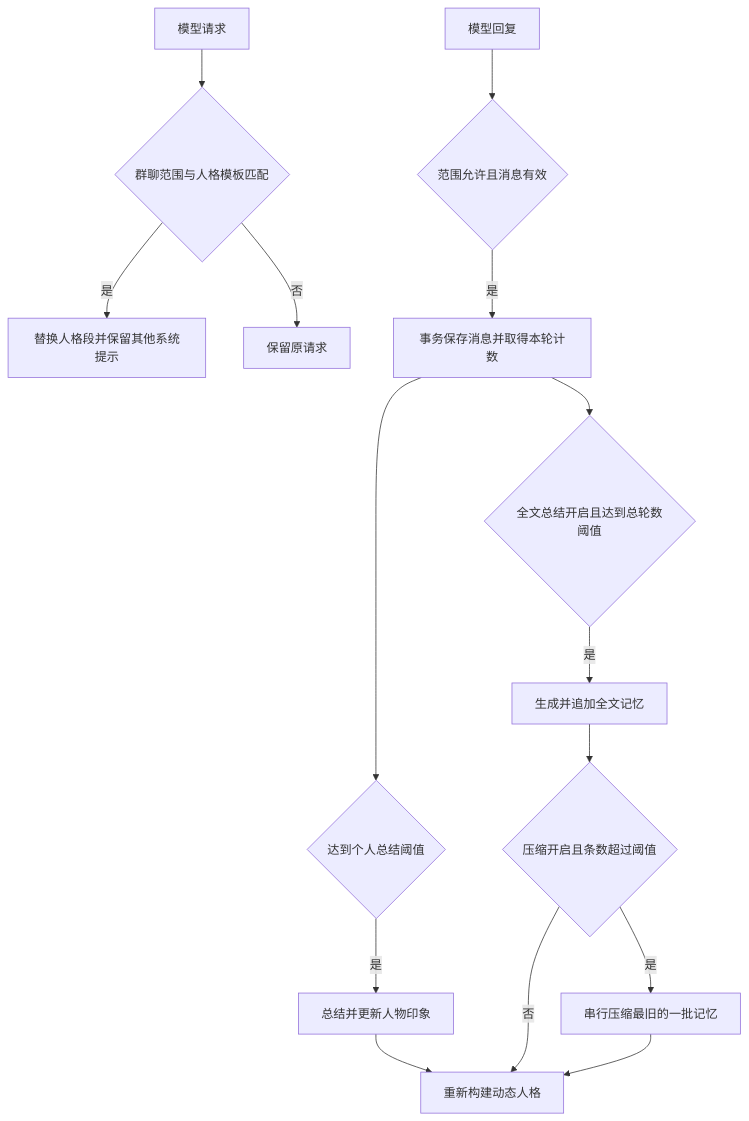
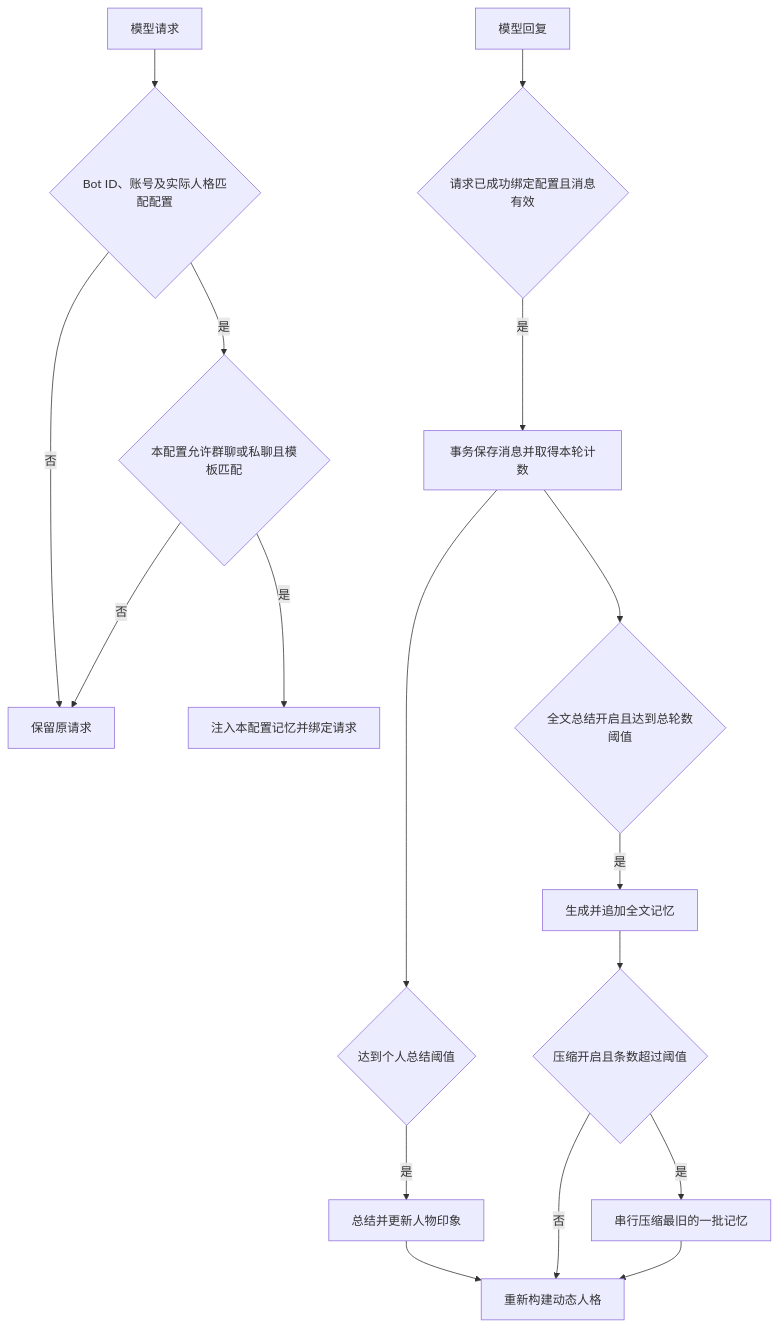
Before and after one commit to yizyin2/astrbot_plugin_PersonaFlow: the diagram in README.md, drawn with Mermaid. The commit also changed other lines of this file and 4 other files, not shown here.

````diff
--- a/README.md
+++ b/README.md
@@ -130,17 +239,19 @@
 ```mermaid
 flowchart TD
-    Request[模型请求] --> Match{群聊范围与人格模板匹配}
-    Match -->|是| Inject[替换人格段并保留其他系统提示]
-    Match -->|否| Keep[保留原请求]
-    Response[模型回复] --> Validate{范围允许且消息有效}
+    Request[模型请求] --> Route{Bot ID、账号及实际人格匹配配置}
+    Route -->|是| Match{本配置允许群聊或私聊且模板匹配}
+    Route -->|否| Keep[保留原请求]
+    Match -->|是| Inject[注入本配置记忆并绑定请求]
+    Match -->|否| Keep
+    Response[模型回复] --> Validate{请求已成功绑定配置且消息有效}
     Validate -->|是| Save[事务保存消息并取得本轮计数]
     Save --> Impression{达到个人总结阈值}
     Impression -->|是| Relation[总结并更新人物印象]
     Save --> Memory{全文总结开启且达到总轮数阈值}
     Memory -->|是| Summarize[生成并追加全文记忆]
     Summarize --> Compact{压缩开启且条数超过阈值}
     Compact -->|是| Merge[串行压缩最旧的一批记忆]
     Relation --> Build[重新构建动态人格]
     Compact -->|否| Build
     Merge --> Build
 ```
````
